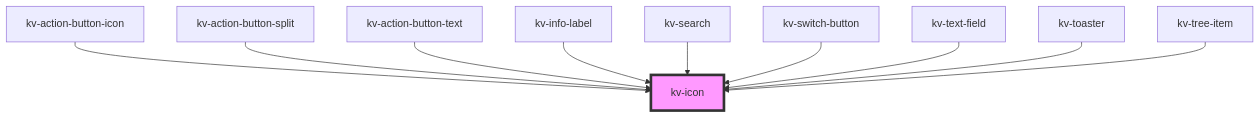
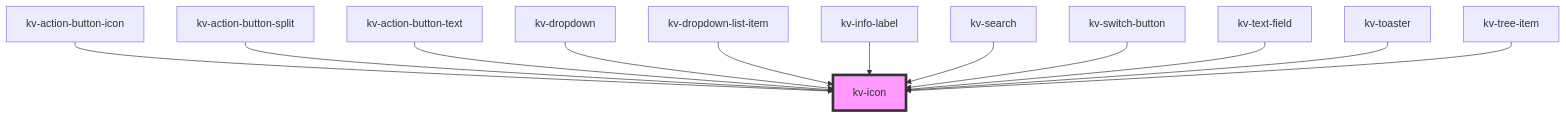
One commit to kelvininc/ui-components changed the diagram in packages/ui-components/src/components/icon/readme.md. Above: the diagram before and after it, drawn with Mermaid. The commit also changed other lines of this file and 56 other files, not shown here.

````diff
--- a/packages/ui-components/src/components/icon/readme.md
+++ b/packages/ui-components/src/components/icon/readme.md
@@ -129,13 +90,15 @@
 ```mermaid
 graph TD;
   kv-action-button-icon --> kv-icon
   kv-action-button-split --> kv-icon
   kv-action-button-text --> kv-icon
+  kv-dropdown --> kv-icon
+  kv-dropdown-list-item --> kv-icon
   kv-info-label --> kv-icon
   kv-search --> kv-icon
   kv-switch-button --> kv-icon
   kv-text-field --> kv-icon
   kv-toaster --> kv-icon
   kv-tree-item --> kv-icon
   style kv-icon fill:#f9f,stroke:#333,stroke-width:4px
 ```
````
